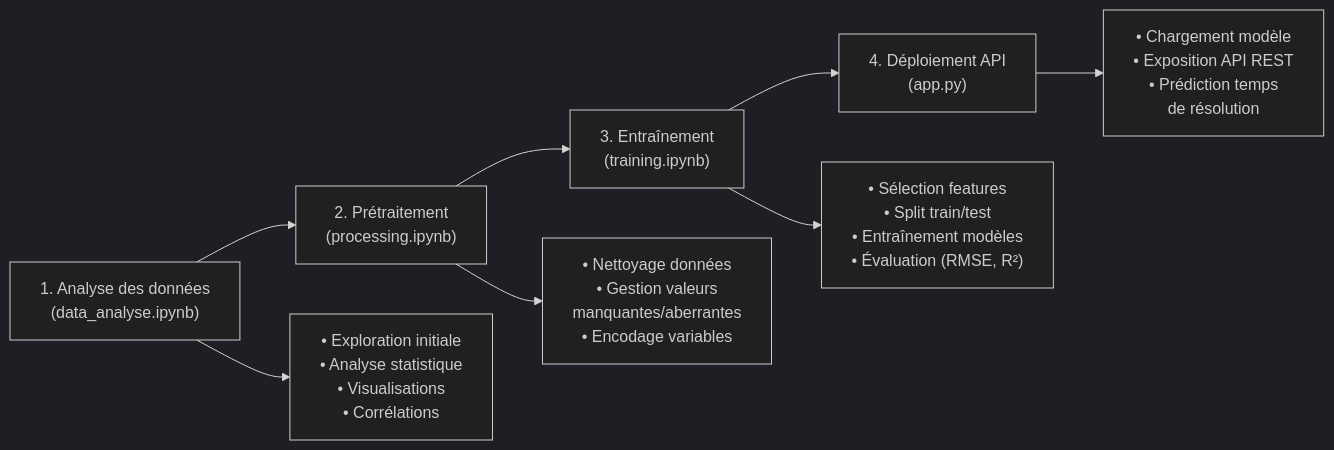
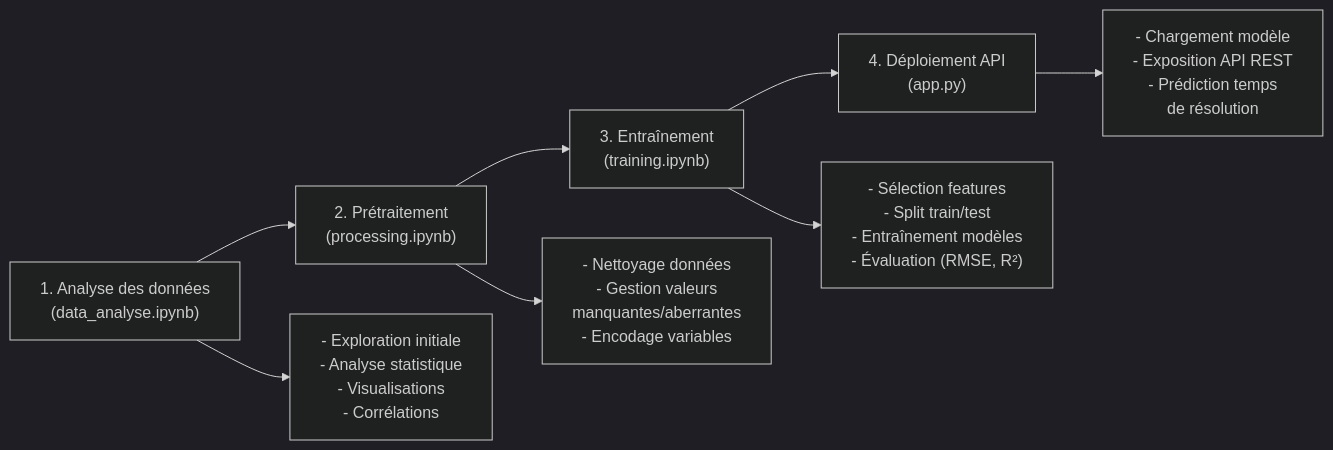
One commit to ivgallo/time_resolution_ml changed the diagram in README.md. Above: the diagram before and after it, drawn with Mermaid (dark theme).

Commit message:
Update README.md to unify list formatting

````diff
--- a/README.md
+++ b/README.md
@@ -10,11 +10,11 @@
 ```mermaid
 flowchart LR
     A["1. Analyse des données\n(data_analyse.ipynb)"] --> B["2. Prétraitement\n(processing.ipynb)"]
     B --> C["3. Entraînement\n(training.ipynb)"]
     C --> D["4. Déploiement API\n(app.py)"]
 
-    A --> A1["• Exploration initiale\n• Analyse statistique\n• Visualisations\n• Corrélations"]
-    B --> B1["• Nettoyage données\n• Gestion valeurs\n  manquantes/aberrantes\n• Encodage variables"]
-    C --> C1["• Sélection features\n• Split train/test\n• Entraînement modèles\n• Évaluation (RMSE, R²)"]
-    D --> D1["• Chargement modèle\n• Exposition API REST\n• Prédiction temps\n  de résolution"]
+    A --> A1["- Exploration initiale\n- Analyse statistique\n- Visualisations\n- Corrélations"]
+    B --> B1["- Nettoyage données\n- Gestion valeurs\n  manquantes/aberrantes\n- Encodage variables"]
+    C --> C1["- Sélection features\n- Split train/test\n- Entraînement modèles\n- Évaluation (RMSE, R²)"]
+    D --> D1["- Chargement modèle\n- Exposition API REST\n- Prédiction temps\n  de résolution"]
 ```
````
